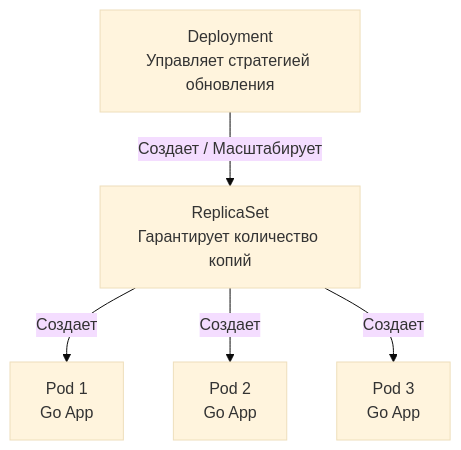
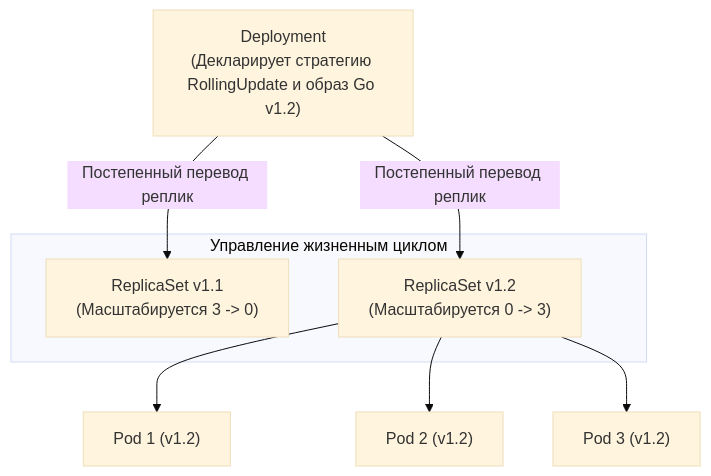
The second of 4 diagrams in sources/14. Распределенные системы на Go/07. Kubernetes и деплой/3. Pod, Deployment, Service.md (UnrealTemplier/go-textbook), drawn with Mermaid (base theme) before and after one commit. The commit also changed other lines of this file, not shown here.

Commit message:
feat(module-14): editorial rewrite of lecture 3 (Pod, Deployment, Service) in Subsection 7 in Kernighan style

````diff
--- a/sources/14. Распределенные системы на Go/07. Kubernetes и деплой/3. Pod, Deployment, Service.md
+++ b/sources/14. Распределенные системы на Go/07. Kubernetes и деплой/3. Pod, Deployment, Service.md
@@ -44,7 +65,16 @@
 ```mermaid
 flowchart TD
-    D["Deployment<br>Управляет стратегией обновления"] -->|"Создает / Масштабирует"| RS["ReplicaSet<br>Гарантирует количество копий"]
-    RS -->|"Создает"| P1["Pod 1<br>Go App"]
-    RS -->|"Создает"| P2["Pod 2<br>Go App"]
-    RS -->|"Создает"| P3["Pod 3<br>Go App"]
+    D["Deployment<br>(Декларирует стратегию RollingUpdate и образ Go v1.2)"]
+    
+    subgraph RS_Group ["Управление жизненным циклом"]
+        RS_Old["ReplicaSet v1.1<br>(Масштабируется 3 -> 0)"]
+        RS_New["ReplicaSet v1.2<br>(Масштабируется 0 -> 3)"]
+    end
+    
+    D -->|"Постепенный перевод реплик"| RS_Old
+    D -->|"Постепенный перевод реплик"| RS_New
+    
+    RS_New --> P1["Pod 1 (v1.2)"]
+    RS_New --> P2["Pod 2 (v1.2)"]
+    RS_New --> P3["Pod 3 (v1.2)"]
 ```
````
